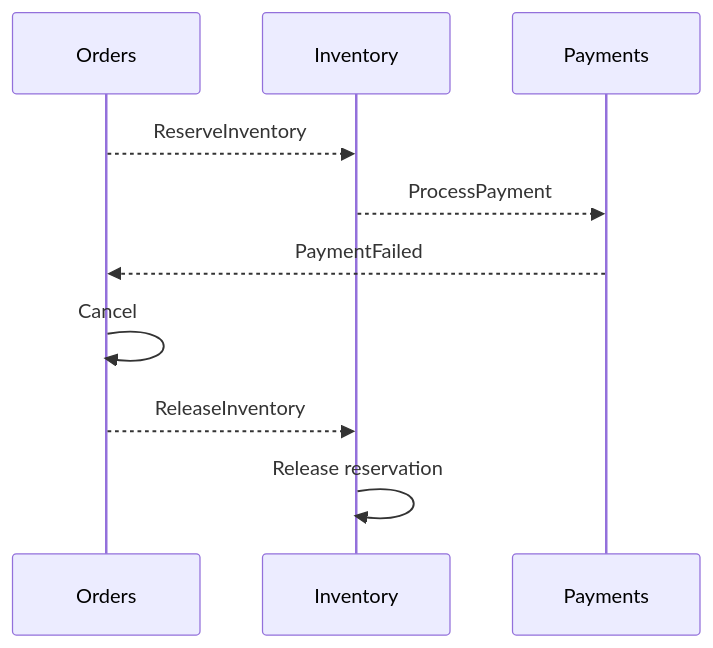
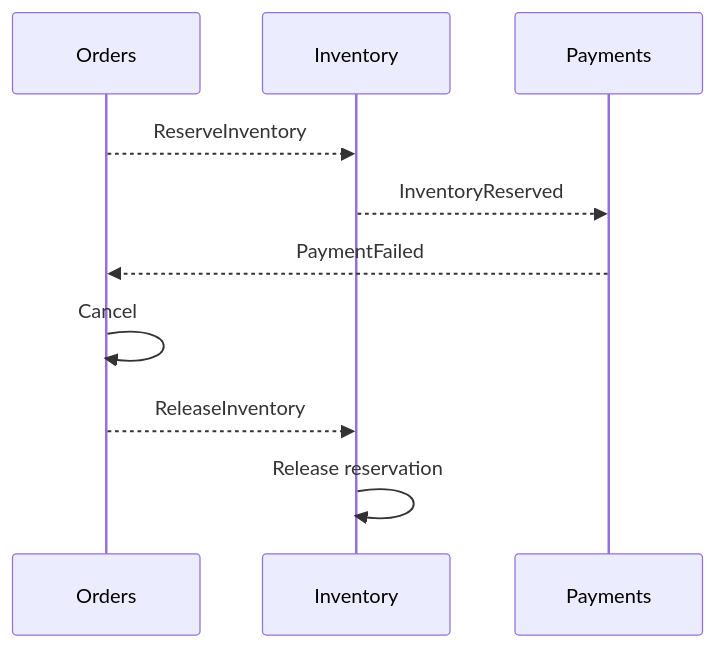
The third of 3 diagrams in docs/phase-2-event-driven.md (assem-khaleel-jimzawi/foodics-event-driven-platform), drawn with Mermaid before and after one commit. The commit also changed other lines of this file and 3 other files, not shown here.

Commit message:
docs: align Phase 2 event flow documentation

````diff
--- a/docs/phase-2-event-driven.md
+++ b/docs/phase-2-event-driven.md
@@ -88,12 +88,12 @@
 ```mermaid
 sequenceDiagram
   participant O as Orders
   participant I as Inventory
   participant P as Payments
   O-->>I: ReserveInventory
-  I-->>P: ProcessPayment
+  I-->>P: InventoryReserved
   P-->>O: PaymentFailed
   O->>O: Cancel
   O-->>I: ReleaseInventory
   I->>I: Release reservation
 ```
````
